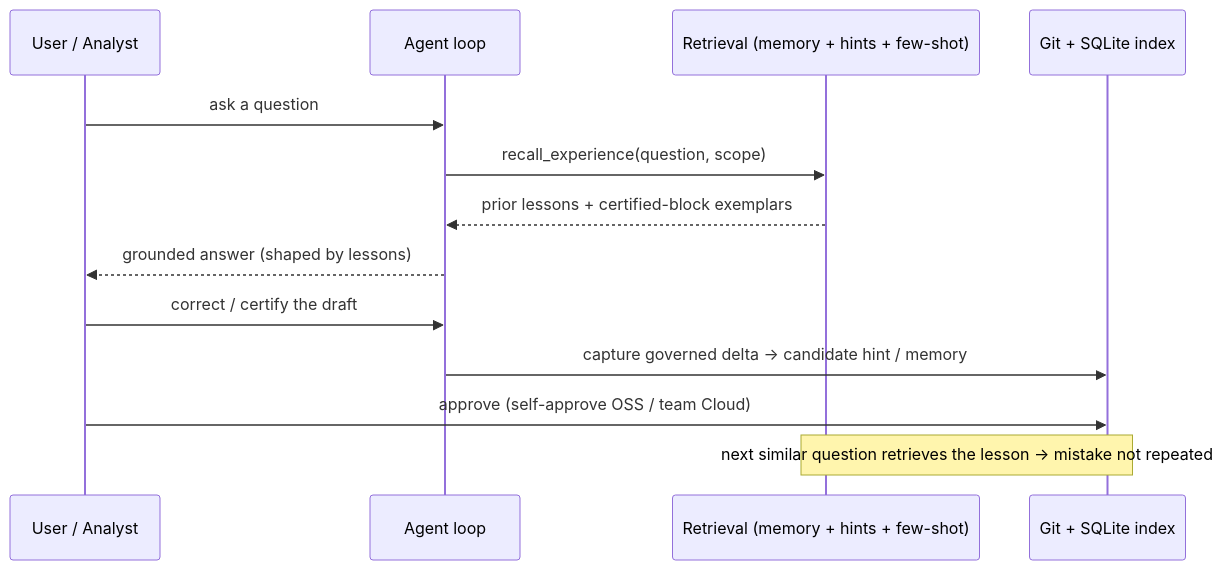
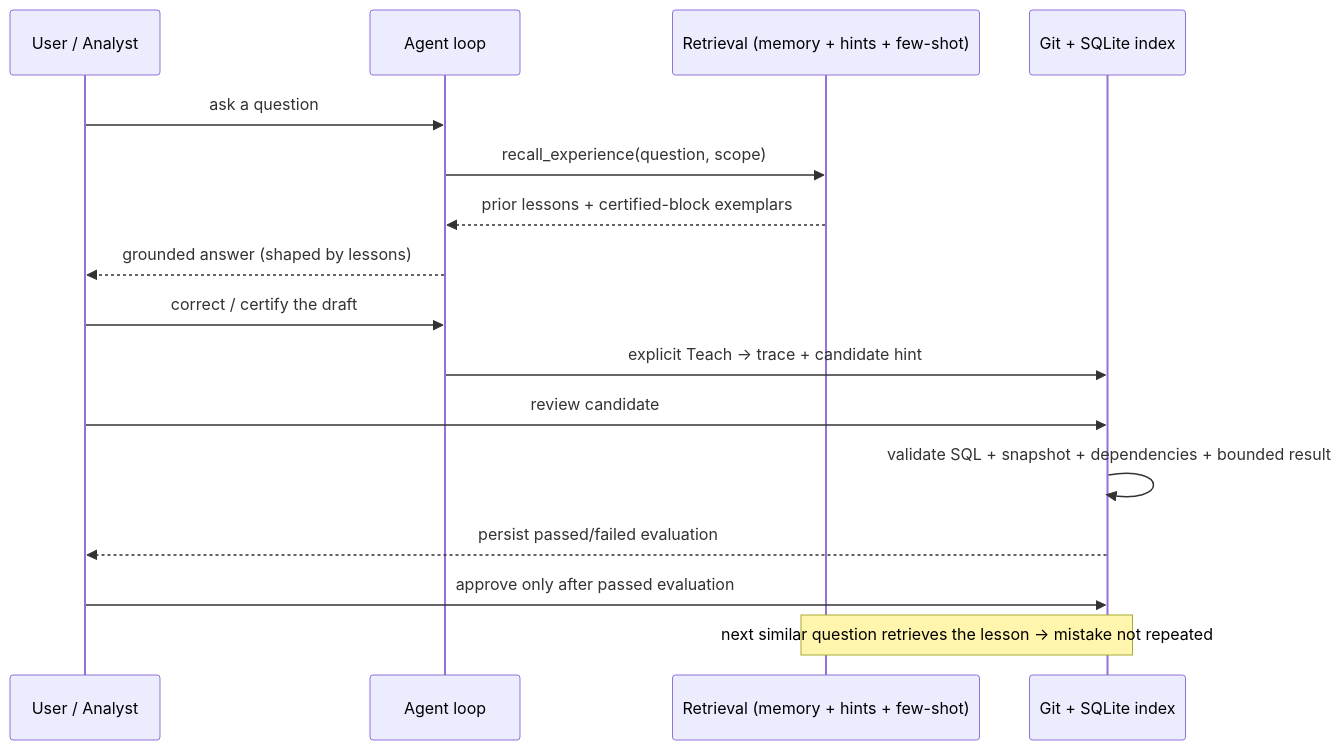
The third of 5 diagrams in docs/architecture/agentic-loop/07-memory-and-learning.md (duckcode-ai/dql), drawn with Mermaid before and after one commit. The commit also changed other lines of this file and 17 other files, not shown here.

````diff
--- a/docs/architecture/agentic-loop/07-memory-and-learning.md
+++ b/docs/architecture/agentic-loop/07-memory-and-learning.md
@@ -56,16 +63,19 @@
 ```mermaid
 sequenceDiagram
     participant U as User / Analyst
     participant L as Agent loop
     participant R as Retrieval (memory + hints + few-shot)
     participant G as Git + SQLite index
 
     U->>L: ask a question
     L->>R: recall_experience(question, scope)
     R-->>L: prior lessons + certified-block exemplars
     L-->>U: grounded answer (shaped by lessons)
     U->>L: correct / certify the draft
-    L->>G: capture governed delta → candidate hint / memory
-    U->>G: approve (self-approve OSS / team Cloud)
+    L->>G: explicit Teach → trace + candidate hint
+    U->>G: review candidate
+    G->>G: validate SQL + snapshot + dependencies + bounded result
+    G-->>U: persist passed/failed evaluation
+    U->>G: approve only after passed evaluation
     Note over G,R: next similar question retrieves the lesson → mistake not repeated
 ```
````
